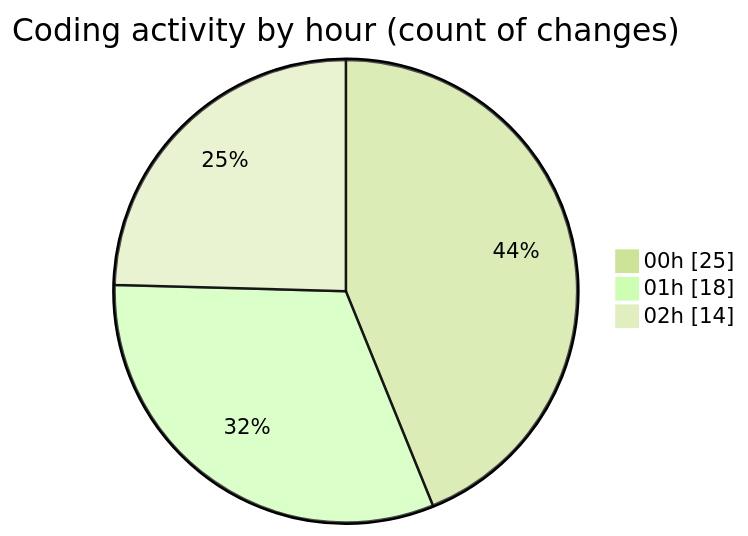
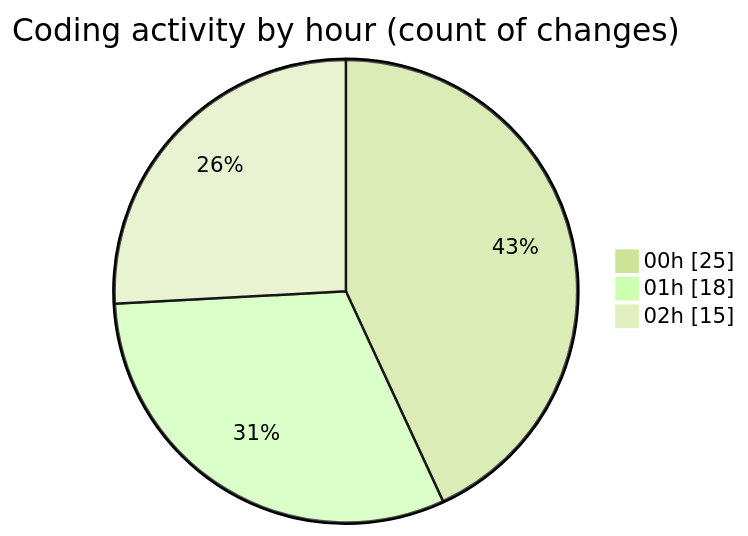
One commit to EIIisD/code-tracking changed the second of 2 diagrams in 2025-07-18/ribbon/README.md. Above: the diagram before and after it, drawn with Mermaid (forest theme). The commit also changed other lines of this file and 1 other file, not shown here.

````diff
--- a/2025-07-18/ribbon/README.md
+++ b/2025-07-18/ribbon/README.md
@@ -37,7 +37,7 @@
 ```mermaid
 pie showData
 title Coding activity by hour (count of changes)
 "00h" : 25
 "01h" : 18
-"02h" : 14
+"02h" : 15
 ```
````
